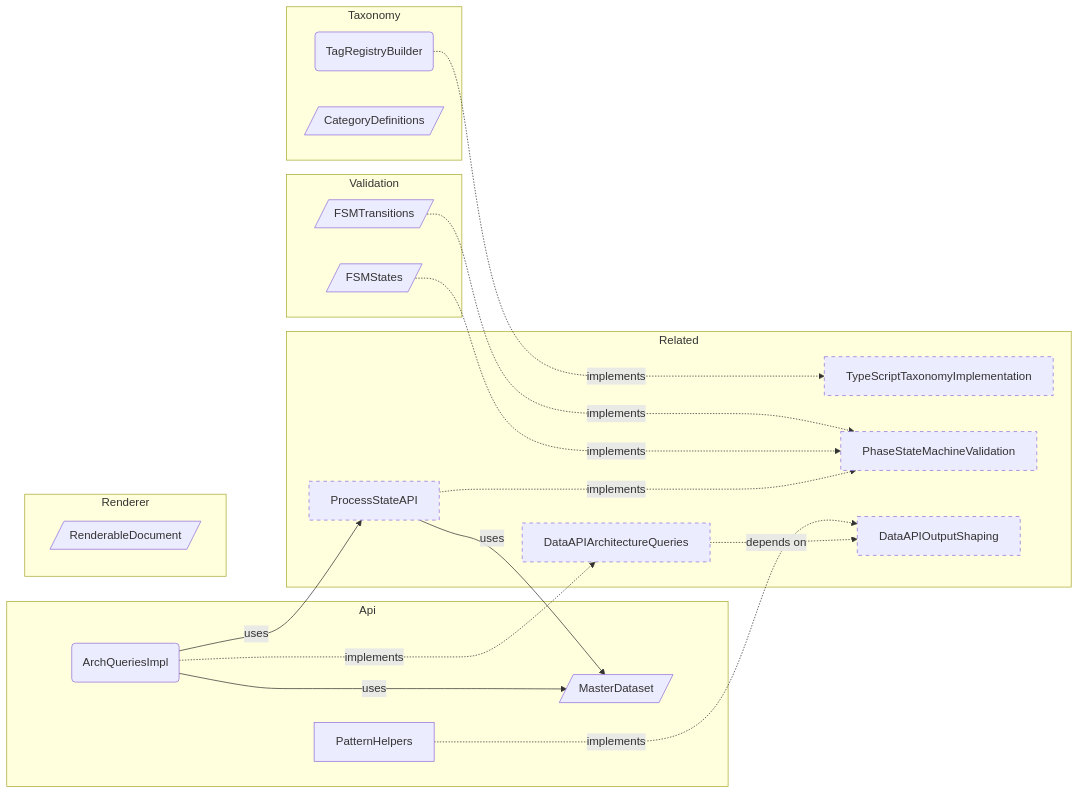
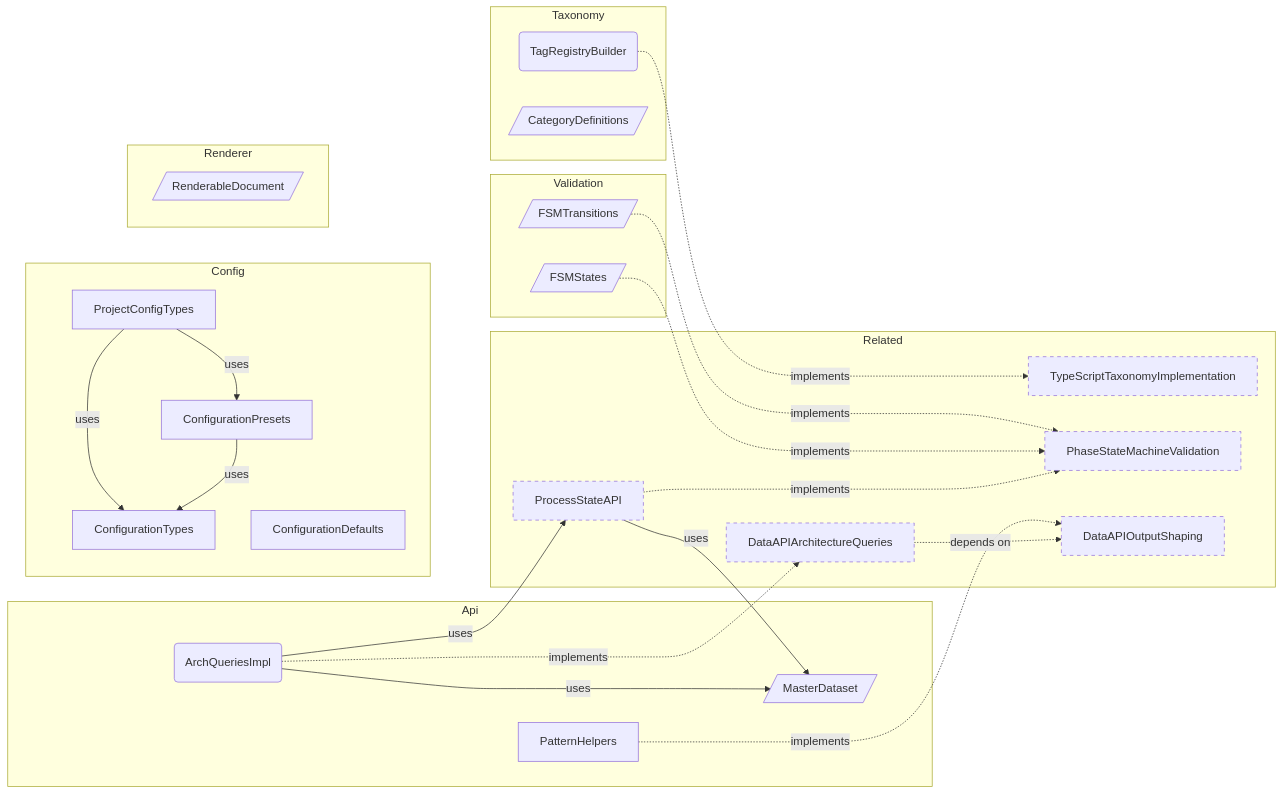
The sixth of 6 diagrams in docs-generated/docs/REFERENCE-SAMPLE.md (libar-dev/architect), drawn with Mermaid before and after one commit. The commit also changed other lines of this file and 219 other files, not shown here.

````diff
--- a/docs-generated/docs/REFERENCE-SAMPLE.md
+++ b/docs-generated/docs/REFERENCE-SAMPLE.md
@@ -293,37 +293,46 @@
 ```mermaid
 graph LR
     subgraph api["Api"]
         MasterDataset[/"MasterDataset"/]
         PatternHelpers["PatternHelpers"]
         ArchQueriesImpl("ArchQueriesImpl")
+    end
+    subgraph config["Config"]
+        ConfigurationTypes["ConfigurationTypes"]
+        ProjectConfigTypes["ProjectConfigTypes"]
+        ConfigurationPresets["ConfigurationPresets"]
+        ConfigurationDefaults["ConfigurationDefaults"]
     end
     subgraph renderer["Renderer"]
         RenderableDocument[/"RenderableDocument"/]
     end
     subgraph taxonomy["Taxonomy"]
         TagRegistryBuilder("TagRegistryBuilder")
         CategoryDefinitions[/"CategoryDefinitions"/]
     end
     subgraph validation["Validation"]
         FSMTransitions[/"FSMTransitions"/]
         FSMStates[/"FSMStates"/]
     end
     subgraph related["Related"]
         ProcessStateAPI["ProcessStateAPI"]:::neighbor
         TypeScriptTaxonomyImplementation["TypeScriptTaxonomyImplementation"]:::neighbor
         PhaseStateMachineValidation["PhaseStateMachineValidation"]:::neighbor
         DataAPIOutputShaping["DataAPIOutputShaping"]:::neighbor
         DataAPIArchitectureQueries["DataAPIArchitectureQueries"]:::neighbor
     end
     TagRegistryBuilder ..->|implements| TypeScriptTaxonomyImplementation
     PatternHelpers ..->|implements| DataAPIOutputShaping
     ArchQueriesImpl -->|uses| ProcessStateAPI
     ArchQueriesImpl -->|uses| MasterDataset
     ArchQueriesImpl ..->|implements| DataAPIArchitectureQueries
+    ProjectConfigTypes -->|uses| ConfigurationTypes
+    ProjectConfigTypes -->|uses| ConfigurationPresets
+    ConfigurationPresets -->|uses| ConfigurationTypes
     FSMTransitions ..->|implements| PhaseStateMachineValidation
     FSMStates ..->|implements| PhaseStateMachineValidation
     ProcessStateAPI -->|uses| MasterDataset
     ProcessStateAPI ..->|implements| PhaseStateMachineValidation
     DataAPIArchitectureQueries -.->|depends on| DataAPIOutputShaping
     classDef neighbor stroke-dasharray: 5 5
 ```
````
